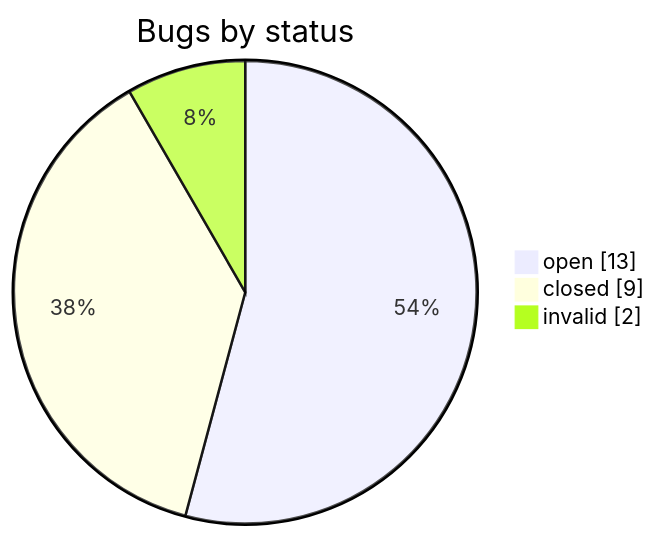
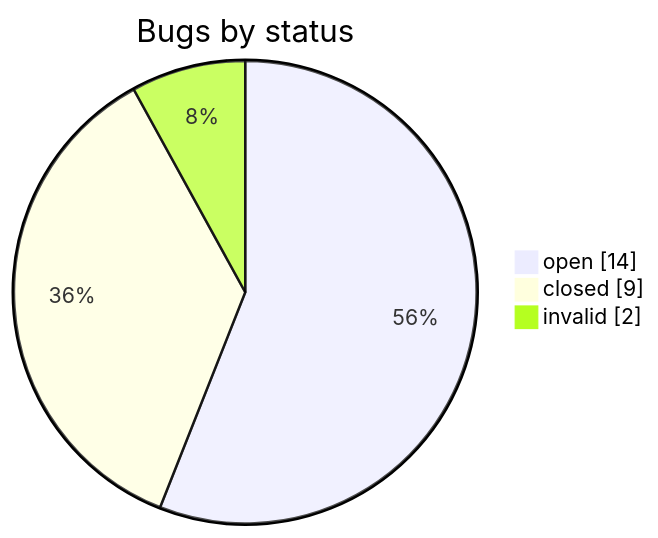
Before and after one commit to iammaxsu/automatic-testing-architecture: the second of 2 diagrams in STATUS.md, drawn with Mermaid. The commit also changed other lines of this file and 4 other files, not shown here.

````diff
--- a/STATUS.md
+++ b/STATUS.md
@@ -161,6 +161,6 @@
 ```mermaid
 pie showData title Bugs by status
-    "open" : 13
+    "open" : 14
     "closed" : 9
     "invalid" : 2
 ```
````
